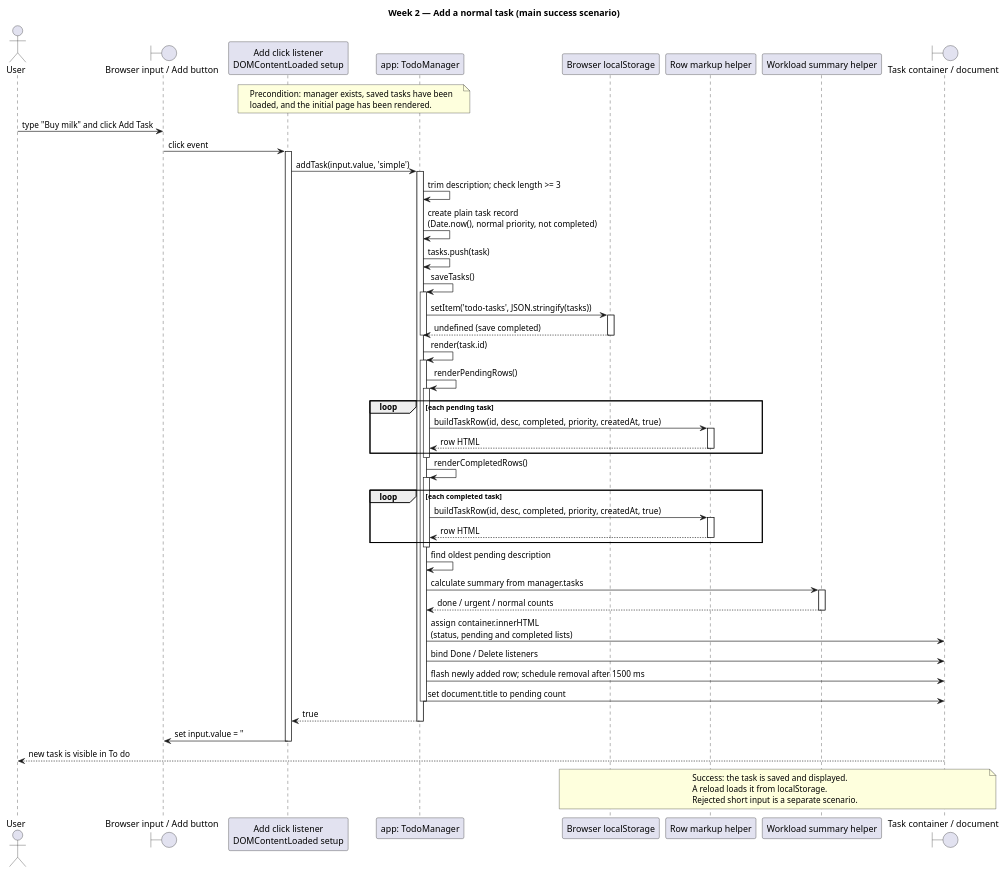
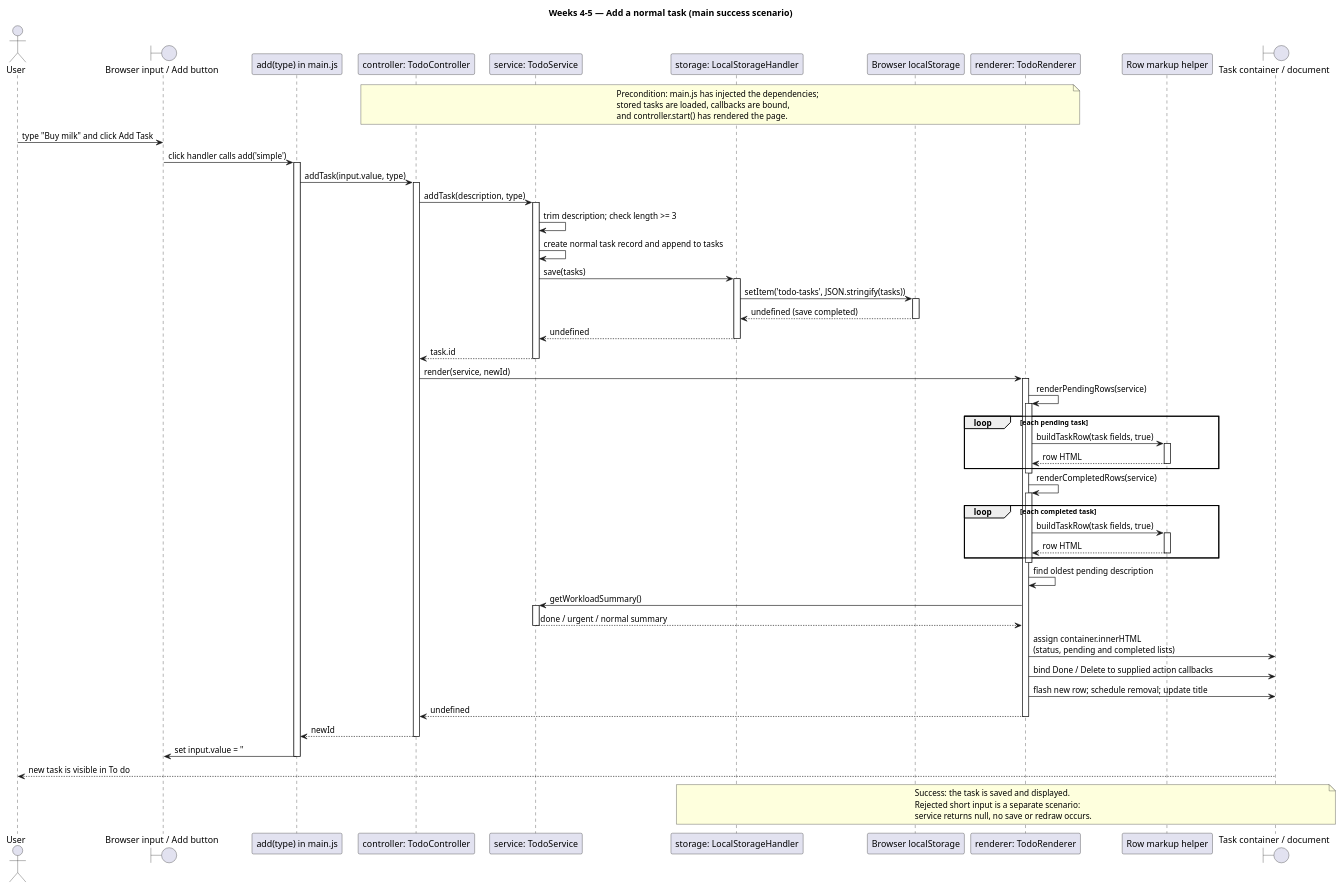
Before and after one commit to ymorina/swen383-todo: the diagram in docs/sequence-add-task.puml, drawn with PlantUML. The commit also changed 6 other files, not shown here.

Commit message:
docs: record Weeks 1-5 checkpoints and update UML for the final design

```diff
--- a/docs/sequence-add-task.puml
+++ b/docs/sequence-add-task.puml
@@ -1,74 +1,81 @@
 @startuml AddTask
-title Week 2 — Add a normal task (main success scenario)
+title Weeks 4–5 — Add a normal task (main success scenario)
 actor User
 boundary "Browser input / Add button" as Input
-participant "Add click listener\nDOMContentLoaded setup" as Handler
-participant "app: TodoManager" as Manager
-participant "Browser localStorage" as Storage
+participant "add(type) in main.js" as Main
+participant "controller: TodoController" as Controller
+participant "service: TodoService" as Service
+participant "storage: LocalStorageHandler" as Storage
+participant "Browser localStorage" as BrowserStorage
+participant "renderer: TodoRenderer" as Renderer
 participant "Row markup helper" as Rows
-participant "Workload summary helper" as Summary
 boundary "Task container / document" as DOM
 
-note over Handler, Manager
-  Precondition: manager exists, saved tasks have been
-  loaded, and the initial page has been rendered.
+note over Controller, Renderer
+  Precondition: main.js has injected the dependencies;
+  stored tasks are loaded, callbacks are bound,
+  and controller.start() has rendered the page.
 end note
 
 User -> Input : type "Buy milk" and click Add Task
-Input -> Handler : click event
-activate Handler
-Handler -> Manager : addTask(input.value, 'simple')
-activate Manager
-Manager -> Manager : trim description; check length >= 3
-Manager -> Manager : create plain task record\n(Date.now(), normal priority, not completed)
-Manager -> Manager : tasks.push(task)
-Manager -> Manager : saveTasks()
-activate Manager
-Manager -> Storage : setItem('todo-tasks', JSON.stringify(tasks))
+Input -> Main : click handler calls add('simple')
+activate Main
+Main -> Controller : addTask(input.value, type)
+activate Controller
+Controller -> Service : addTask(description, type)
+activate Service
+Service -> Service : trim description; check length >= 3
+Service -> Service : create normal task record and append to tasks
+Service -> Storage : save(tasks)
 activate Storage
-Storage --> Manager : undefined (save completed)
+Storage -> BrowserStorage : setItem('todo-tasks', JSON.stringify(tasks))
+activate BrowserStorage
+BrowserStorage --> Storage : undefined (save completed)
+deactivate BrowserStorage
+Storage --> Service : undefined
 deactivate Storage
-deactivate Manager
+Service --> Controller : task.id
+deactivate Service
 
-Manager -> Manager : render(task.id)
-activate Manager
-Manager -> Manager : renderPendingRows()
-activate Manager
+Controller -> Renderer : render(service, newId)
+activate Renderer
+Renderer -> Renderer : renderPendingRows(service)
+activate Renderer
 loop each pending task
-  Manager -> Rows : buildTaskRow(id, desc, completed, priority, createdAt, true)
+  Renderer -> Rows : buildTaskRow(task fields, true)
   activate Rows
-  Rows --> Manager : row HTML
+  Rows --> Renderer : row HTML
   deactivate Rows
 end
-deactivate Manager
-Manager -> Manager : renderCompletedRows()
-activate Manager
+deactivate Renderer
+Renderer -> Renderer : renderCompletedRows(service)
+activate Renderer
 loop each completed task
-  Manager -> Rows : buildTaskRow(id, desc, completed, priority, createdAt, true)
+  Renderer -> Rows : buildTaskRow(task fields, true)
   activate Rows
-  Rows --> Manager : row HTML
+  Rows --> Renderer : row HTML
   deactivate Rows
 end
-deactivate Manager
-Manager -> Manager : find oldest pending description
-Manager -> Summary : calculate summary from manager.tasks
-activate Summary
-Summary --> Manager : done / urgent / normal counts
-deactivate Summary
-Manager -> DOM : assign container.innerHTML\n(status, pending and completed lists)
-Manager -> DOM : bind Done / Delete listeners
-Manager -> DOM : flash newly added row; schedule removal after 1500 ms
-Manager -> DOM : set document.title to pending count
-deactivate Manager
-Manager --> Handler : true
-deactivate Manager
-Handler -> Input : set input.value = ''
-deactivate Handler
+deactivate Renderer
+Renderer -> Renderer : find oldest pending description
+Renderer -> Service : getWorkloadSummary()
+activate Service
+Service --> Renderer : done / urgent / normal summary
+deactivate Service
+Renderer -> DOM : assign container.innerHTML\n(status, pending and completed lists)
+Renderer -> DOM : bind Done / Delete to supplied action callbacks
+Renderer -> DOM : flash new row; schedule removal; update title
+Renderer --> Controller : undefined
+deactivate Renderer
+Controller --> Main : newId
+deactivate Controller
+Main -> Input : set input.value = ''
+deactivate Main
 DOM --> User : new task is visible in To do
 
 note over Storage, DOM
   Success: the task is saved and displayed.
-  A reload loads it from localStorage.
-  Rejected short input is a separate scenario.
+  Rejected short input is a separate scenario:
+  service returns null, no save or redraw occurs.
 end note
 @enduml
```
